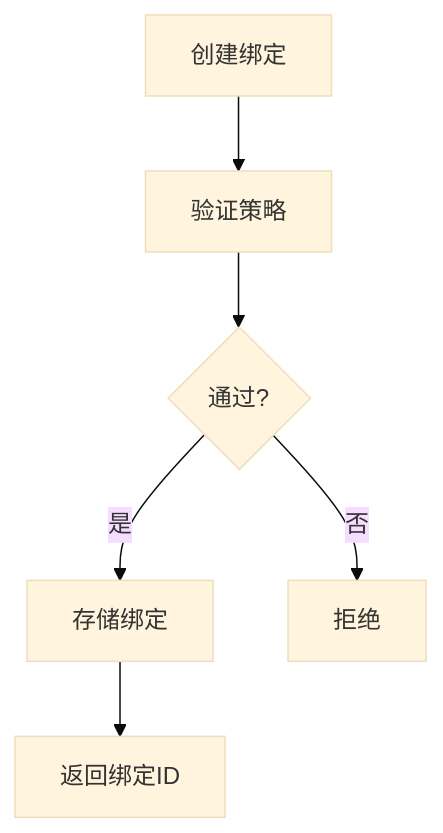
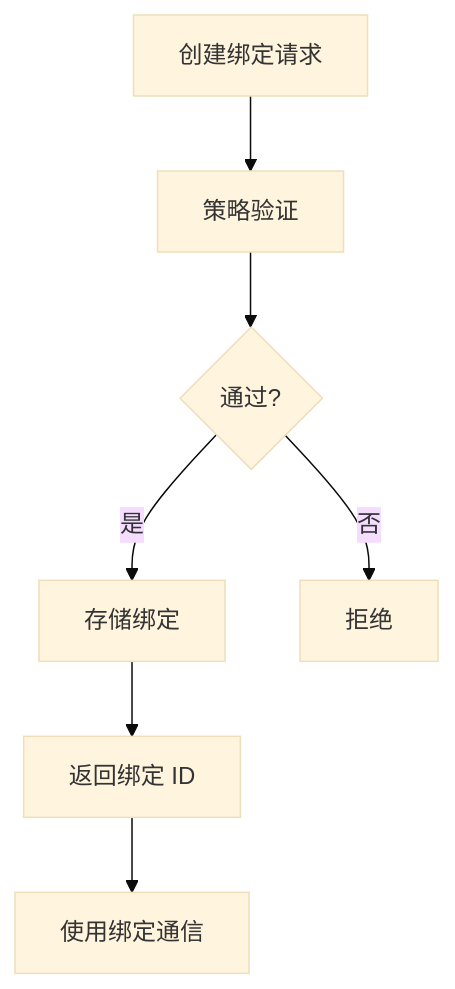
Before and after one commit to zenHeart/learn-ai: the ninth of 14 diagrams in docs/zh/products/automation/openclaw/source-code/acp.md, drawn with Mermaid (base theme). The commit also changed other lines of this file and 10 other files, not shown here.

````diff
--- a/docs/zh/products/automation/openclaw/source-code/acp.md
+++ b/docs/zh/products/automation/openclaw/source-code/acp.md
@@ -181,8 +334,9 @@
 ```mermaid
 flowchart TD
-    A["创建绑定"] --> B["验证策略"]
+    A["创建绑定请求"] --> B["策略验证"]
     B --> C{"通过?"}
     C -->|"是"| D["存储绑定"]
     C -->|"否"| E["拒绝"]
-    D --> F["返回绑定ID"]
+    D --> F["返回绑定 ID"]
+    F --> G["使用绑定通信"]
 ```
````
